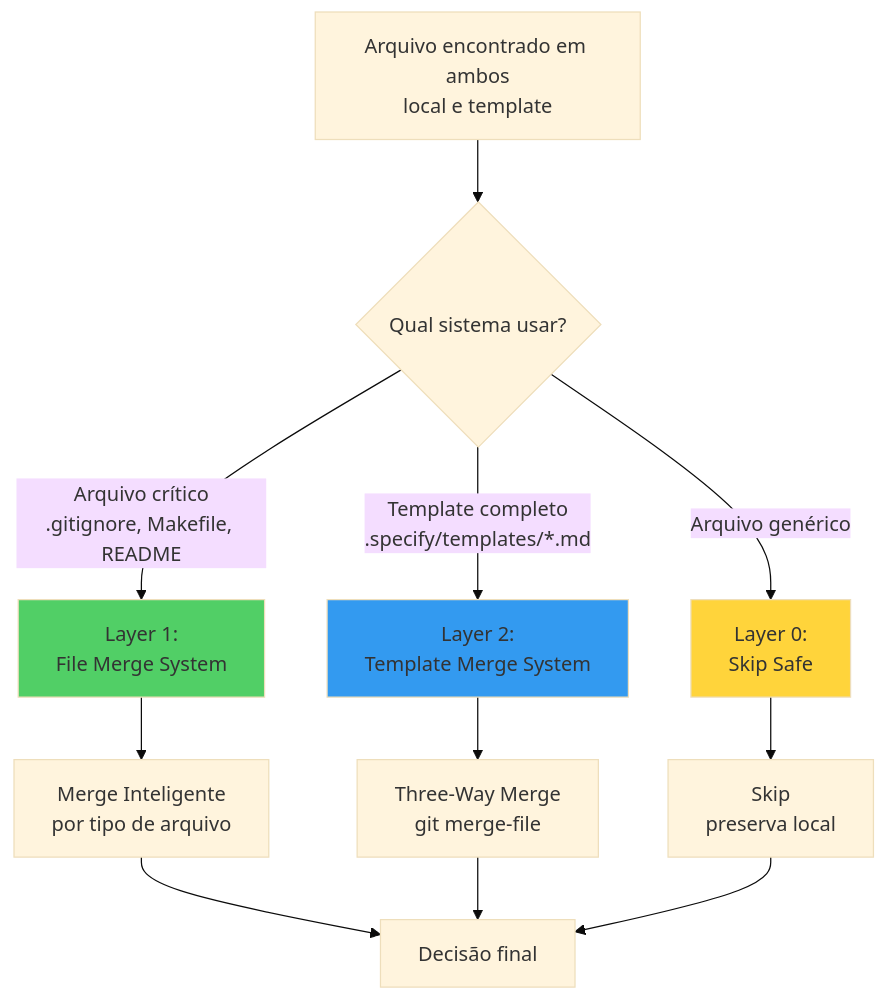
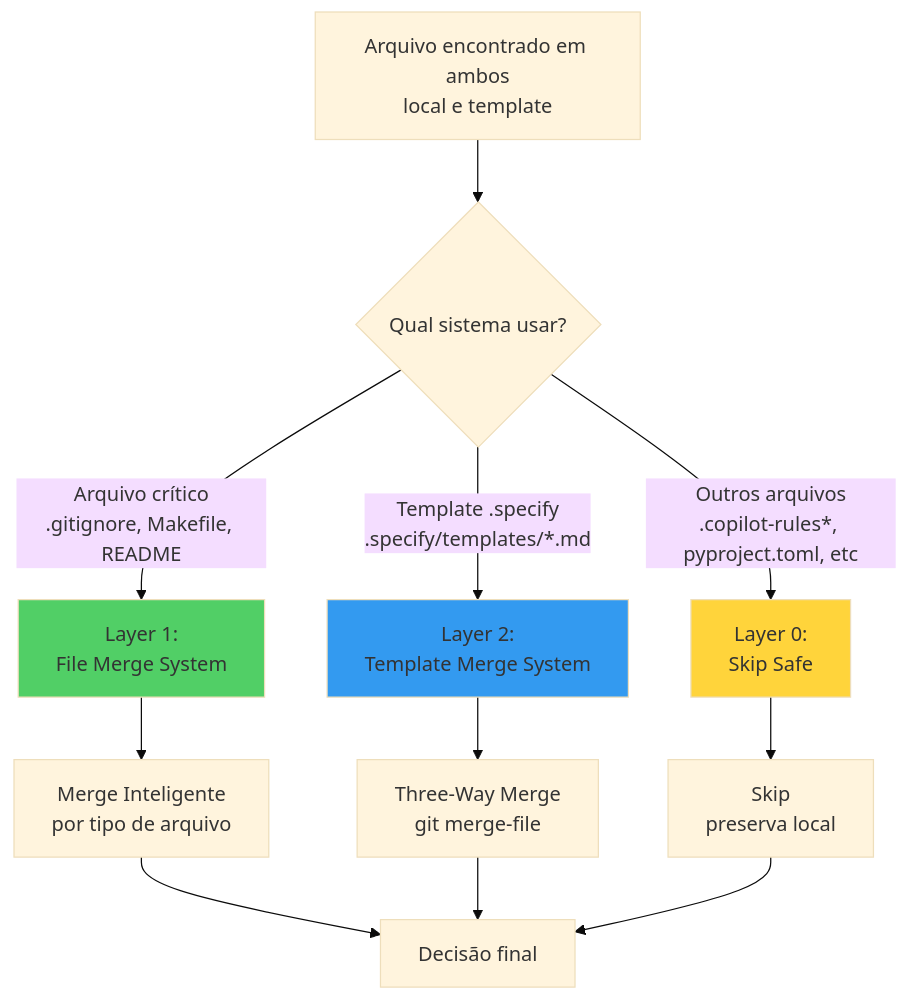
Before and after one commit to yvesmarinho/default-project: the first of 8 diagrams in docs/SESSIONS/2026-05-11/PROJECT_UPDATE_DECISION_WORKFLOW.md, drawn with Mermaid (base theme). The commit also changed other lines of this file and 1 other file, not shown here.

First line of the commit message:
docs(activity6.1): correct merge workflow scope and identify critical gaps

````diff
--- a/docs/SESSIONS/2026-05-11/PROJECT_UPDATE_DECISION_WORKFLOW.md
+++ b/docs/SESSIONS/2026-05-11/PROJECT_UPDATE_DECISION_WORKFLOW.md
@@ -39,20 +66,20 @@
 ```mermaid
 flowchart TD
     A[Arquivo encontrado em ambos<br/>local e template] --> B{Qual sistema usar?}
-    
-    B -->|Arquivo crítico<br/>.gitignore, Makefile, README| C[Layer 1:<br/>File Merge System]
-    B -->|Template completo<br/>.specify/templates/*.md| D[Layer 2:<br/>Template Merge System]
-    B -->|Arquivo genérico| E[Layer 0:<br/>Skip Safe]
-    
+
+    B -->|Arquivo crítico<br/>.gitignore, Makefile, README| C[Layer 1:<br/>File Merge System]  
+    B -->|Template .specify<br/>.specify/templates/*.md| D[Layer 2:<br/>Template Merge System]
+    B -->|Outros arquivos<br/>.copilot-rules*, pyproject.toml, etc| E[Layer 0:<br/>Skip Safe]
+
     C --> F[Merge Inteligente<br/>por tipo de arquivo]
     D --> G[Three-Way Merge<br/>git merge-file]
     E --> H[Skip<br/>preserva local]
-    
+
     F --> I[Decisão final]
     G --> I
     H --> I
-    
+
     style C fill:#51cf66
     style D fill:#339af0
     style E fill:#ffd43b
 ```
````
